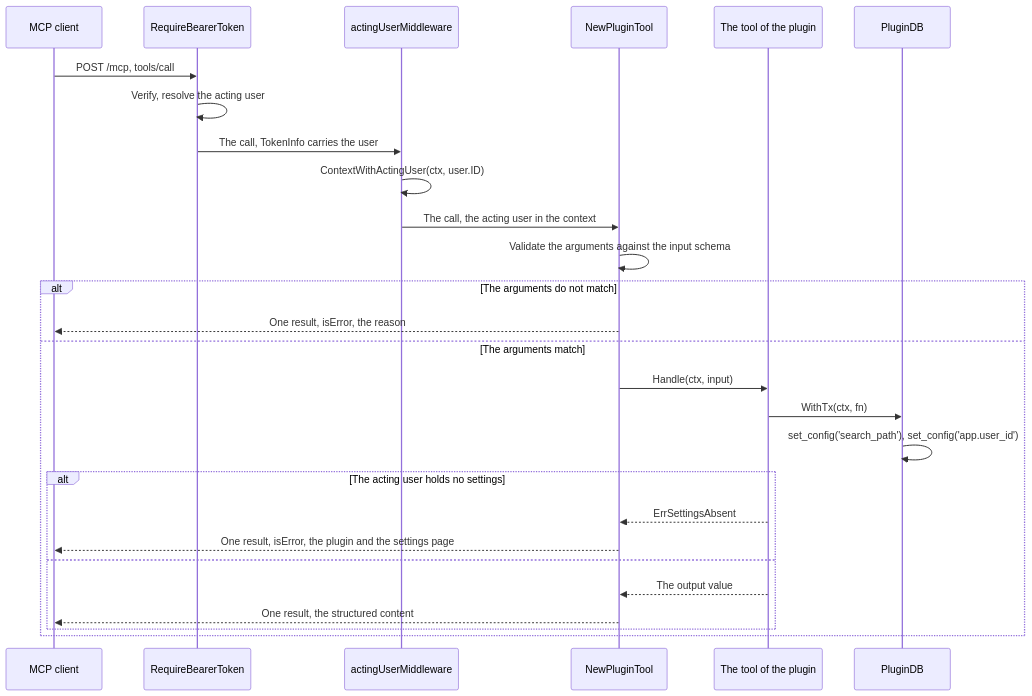
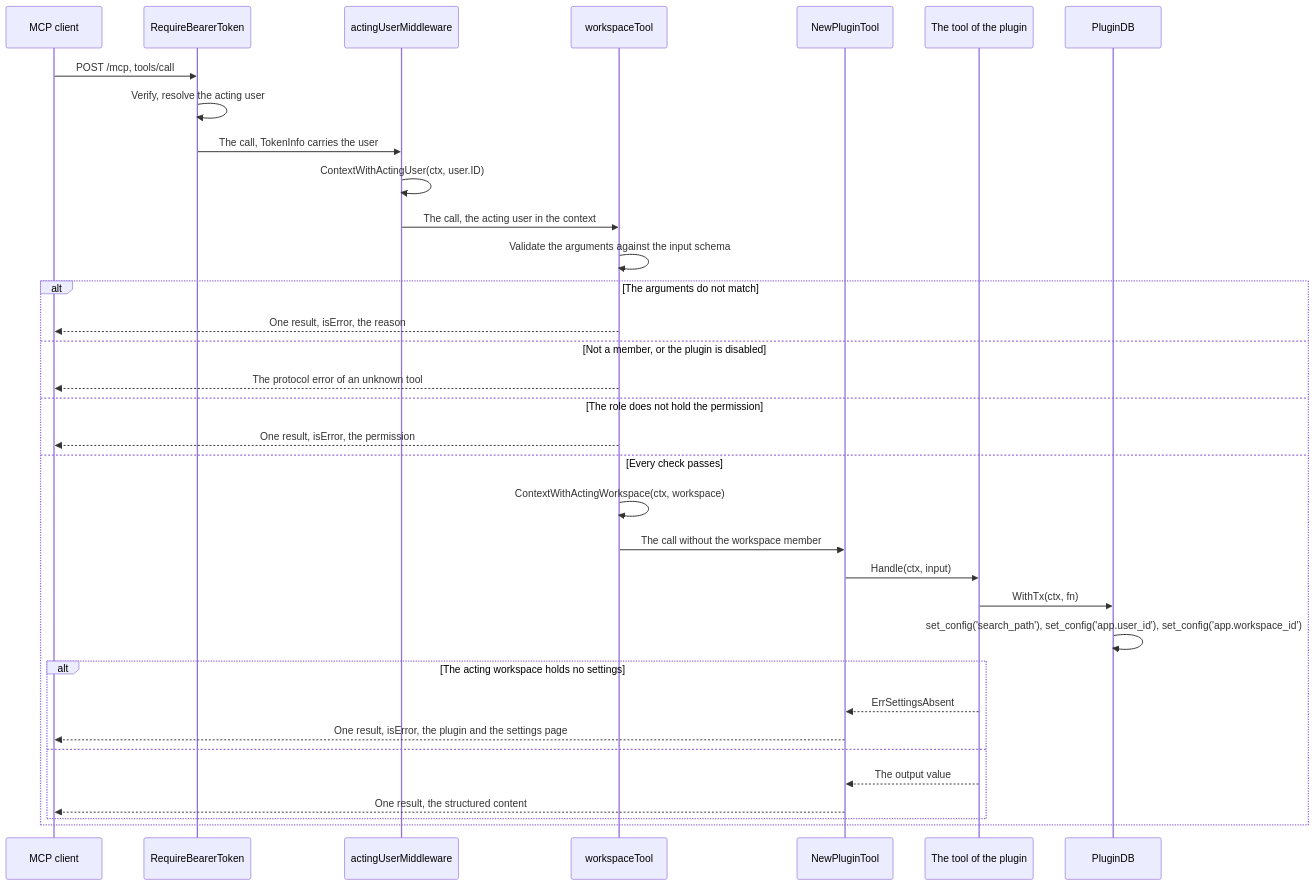
Before and after one commit to ABGEO/maroid: the diagram in specs/features/mcphub/spec-plugin-tools.md, drawn with Mermaid. The commit also changed other lines of this file and 38 other files, not shown here.

Commit message:
docs(specs): make the workspace the tenant of every plugin row

````diff
--- a/specs/features/mcphub/spec-plugin-tools.md
+++ b/specs/features/mcphub/spec-plugin-tools.md
@@ -167,30 +182,37 @@
 ```mermaid
 sequenceDiagram
     participant C as MCP client
     participant W as RequireBearerToken
     participant M as actingUserMiddleware
+    participant K as workspaceTool
     participant A as NewPluginTool
     participant T as The tool of the plugin
     participant D as PluginDB
 
     C->>W: POST /mcp, tools/call
     W->>W: Verify, resolve the acting user
     W->>M: The call, TokenInfo carries the user
     M->>M: ContextWithActingUser(ctx, user.ID)
-    M->>A: The call, the acting user in the context
-    A->>A: Validate the arguments against the input schema
+    M->>K: The call, the acting user in the context
+    K->>K: Validate the arguments against the input schema
     alt The arguments do not match
-        A-->>C: One result, isError, the reason
-    else The arguments match
+        K-->>C: One result, isError, the reason
+    else Not a member, or the plugin is disabled
+        K-->>C: The protocol error of an unknown tool
+    else The role does not hold the permission
+        K-->>C: One result, isError, the permission
+    else Every check passes
+        K->>K: ContextWithActingWorkspace(ctx, workspace)
+        K->>A: The call without the workspace member
         A->>T: Handle(ctx, input)
         T->>D: WithTx(ctx, fn)
-        D->>D: set_config('search_path'), set_config('app.user_id')
-        alt The acting user holds no settings
+        D->>D: set_config('search_path'), set_config('app.user_id'), set_config('app.workspace_id')
+        alt The acting workspace holds no settings
             T-->>A: ErrSettingsAbsent
             A-->>C: One result, isError, the plugin and the settings page
         else
             T-->>A: The output value
             A-->>C: One result, the structured content
         end
     end
 ```
````
